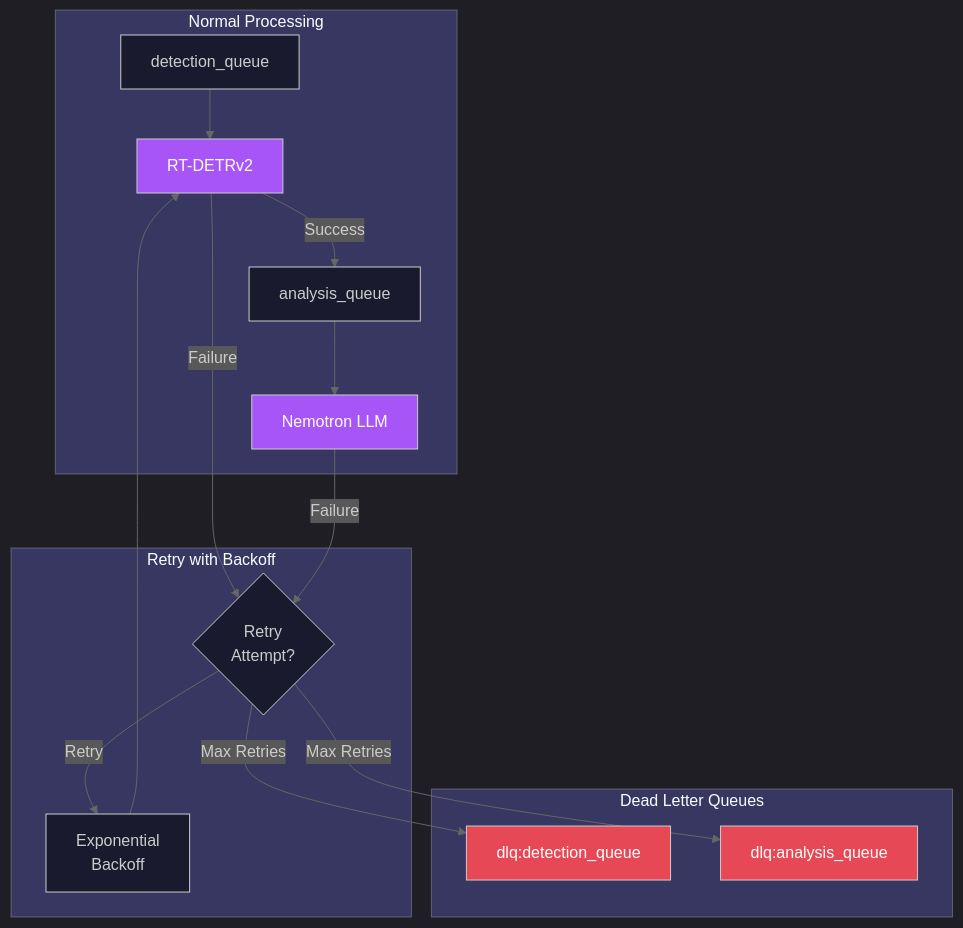
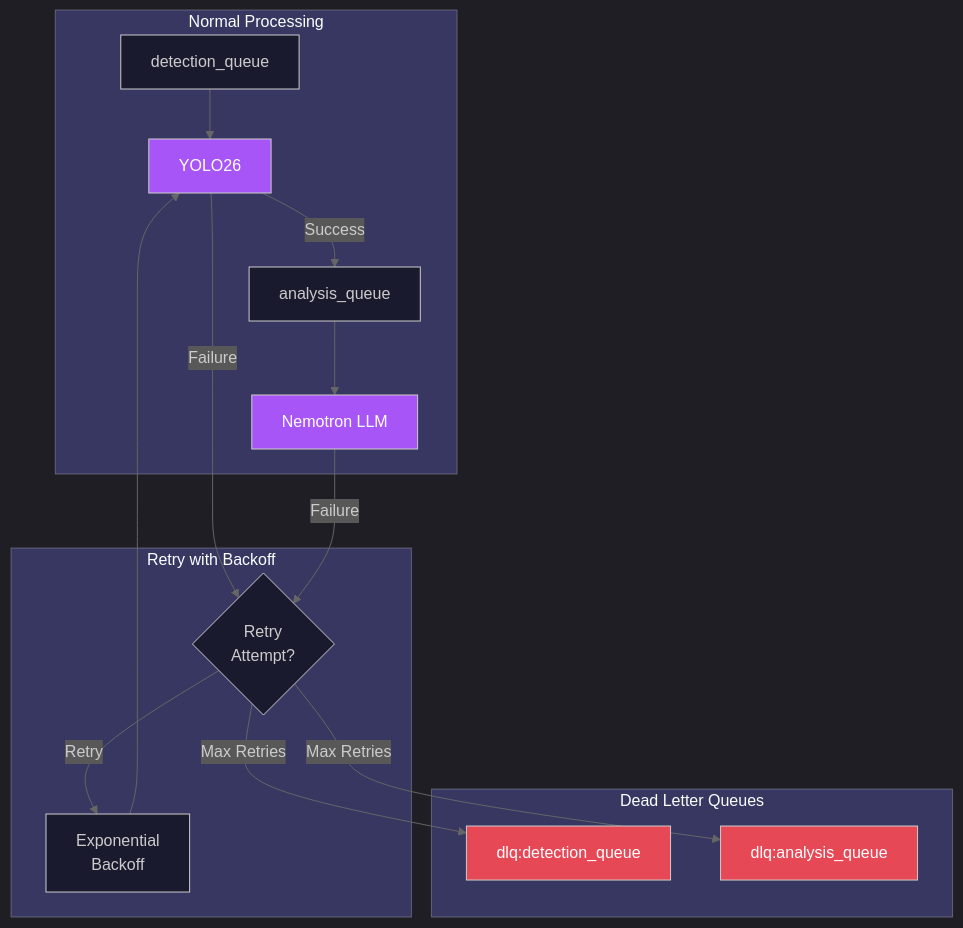
One commit to mikesvoboda/nemotron-v3-home-security-intelligence changed the fourth of 5 diagrams in docs/developer/api/ai-pipeline.md. Above: the diagram before and after it, drawn with Mermaid. The commit also changed other lines of this file and 474 other files, not shown here.

````diff
--- a/docs/developer/api/ai-pipeline.md
+++ b/docs/developer/api/ai-pipeline.md
@@ -898,35 +898,35 @@
 ```mermaid
 %%{init: {'theme': 'dark', 'themeVariables': {'primaryColor': '#3B82F6', 'primaryTextColor': '#FFFFFF', 'primaryBorderColor': '#60A5FA', 'secondaryColor': '#A855F7', 'tertiaryColor': '#009688', 'background': '#121212', 'mainBkg': '#1a1a2e', 'lineColor': '#666666'}}}%%
 flowchart TB
     subgraph Processing["Normal Processing"]
         DQ[detection_queue]
         AQ[analysis_queue]
-        RT[RT-DETRv2]
+        RT[YOLO26]
         NEM[Nemotron LLM]
     end
 
     subgraph Retry["Retry with Backoff"]
         R1{Retry<br/>Attempt?}
         BACK[Exponential<br/>Backoff]
     end
 
     subgraph DLQ["Dead Letter Queues"]
         DLQ1[dlq:detection_queue]
         DLQ2[dlq:analysis_queue]
     end
 
     DQ --> RT
     RT -->|Success| AQ
     RT -->|Failure| R1
     R1 -->|Retry| BACK --> RT
     R1 -->|Max Retries| DLQ1
 
     AQ --> NEM
     NEM -->|Failure| R1
     R1 -->|Max Retries| DLQ2
 
     style DLQ1 fill:#E74856,color:#fff
     style DLQ2 fill:#E74856,color:#fff
     style RT fill:#A855F7,color:#fff
     style NEM fill:#A855F7,color:#fff
 ```
````
